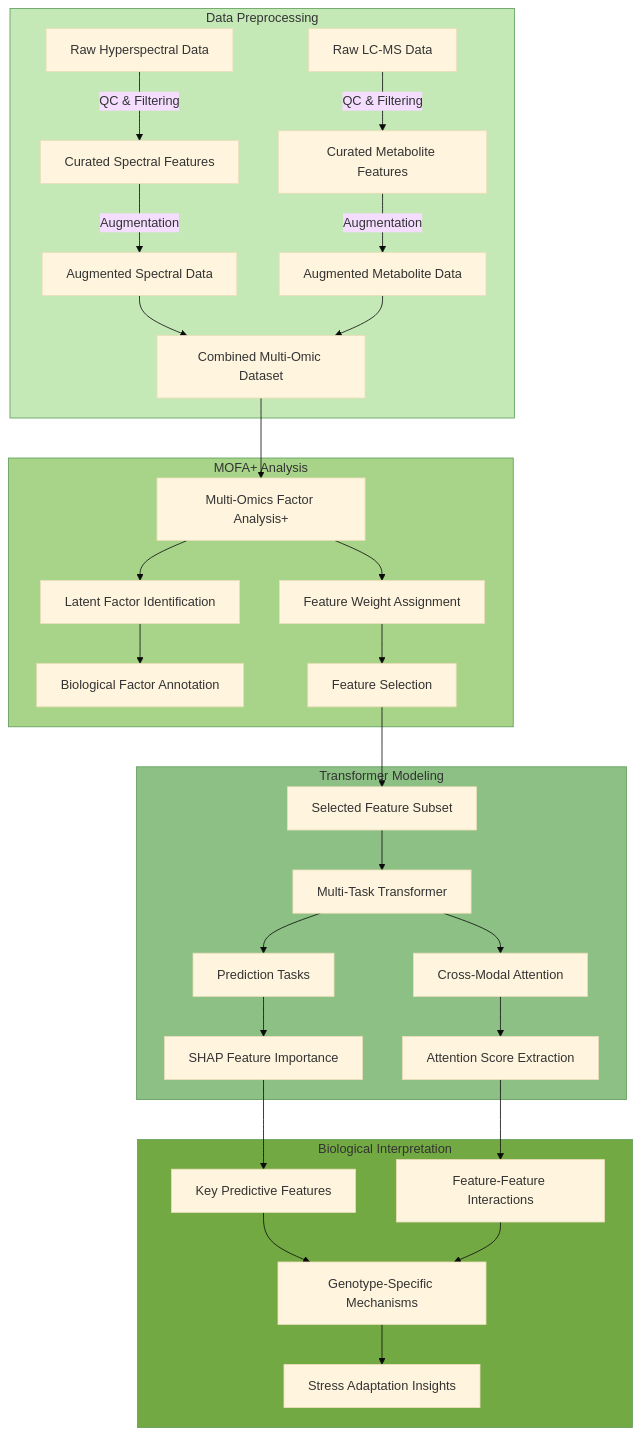
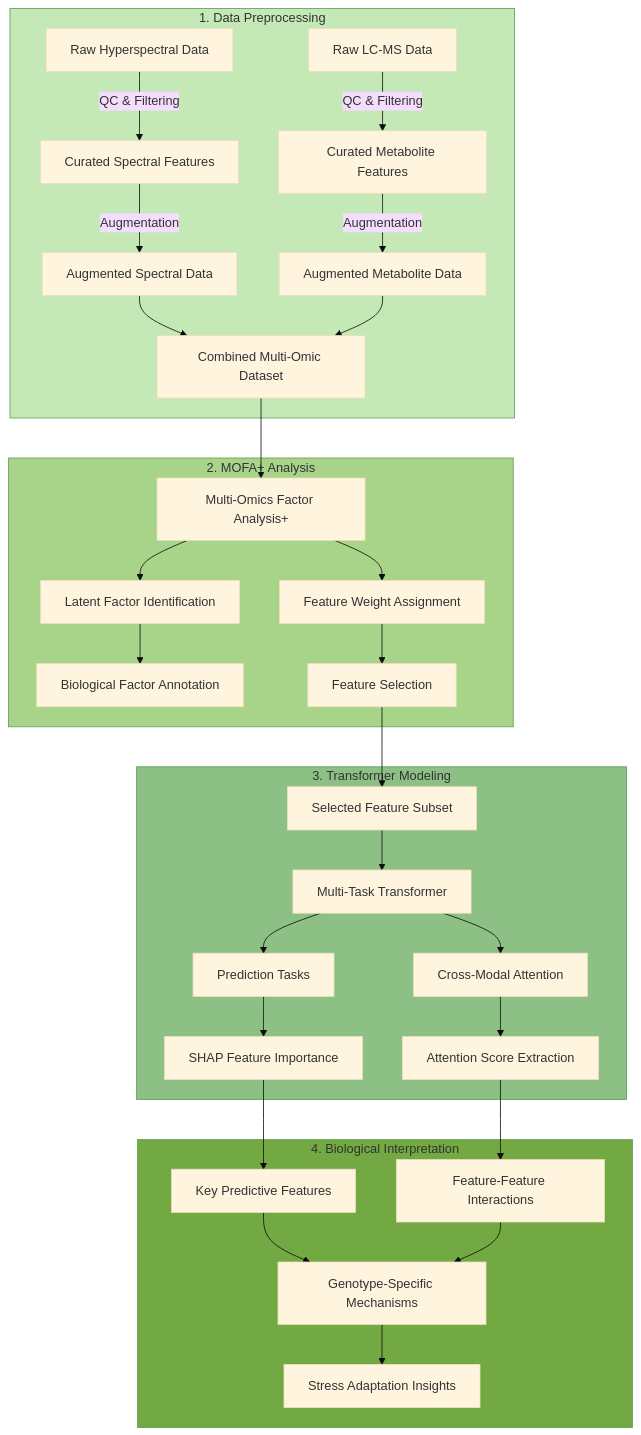
Before and after one commit to shoaibms/mofa_transformer: the first of 4 diagrams in README.md, drawn with Mermaid (base theme). The commit also changed other lines of this file, not shown here.

````diff
--- a/README.md
+++ b/README.md
@@ -43,46 +43,56 @@
 ```mermaid
 flowchart TD
-    subgraph Data["Data Preprocessing"]
+    subgraph Data["1. Data Preprocessing"]
         A1[Raw Hyperspectral Data] -->|QC & Filtering| B1[Curated Spectral Features]
         A2[Raw LC-MS Data] -->|QC & Filtering| B2[Curated Metabolite Features]
         B1 -->|Augmentation| C1[Augmented Spectral Data]
         B2 -->|Augmentation| C2[Augmented Metabolite Data]
         C1 --> D[Combined Multi-Omic Dataset]
         C2 --> D
     end
     
-    subgraph MOFA["MOFA+ Analysis"]
-        D --> E[Multi-Omics Factor Analysis+]
+    %% Add explicit connection between Data and MOFA blocks
+    D --> E
+    
+    subgraph MOFA["2. MOFA+ Analysis"]
+        E[Multi-Omics Factor Analysis+]
         E --> F1[Latent Factor Identification]
         E --> F2[Feature Weight Assignment]
         F1 --> G[Biological Factor Annotation]
         F2 --> H[Feature Selection]
     end
     
-    subgraph Model["Transformer Modeling"]
-        H --> I[Selected Feature Subset]
+    %% Add explicit connection between MOFA and Model blocks
+    H --> I
+    
+    subgraph Model["3. Transformer Modeling"]
+        I[Selected Feature Subset]
         I --> J[Multi-Task Transformer]
         J --> K1[Prediction Tasks]
         J --> K2[Cross-Modal Attention]
         K1 --> L1[SHAP Feature Importance]
         K2 --> L2[Attention Score Extraction]
     end
     
-    subgraph Interpretation["Biological Interpretation"]
-        L1 --> M1[Key Predictive Features]
-        L2 --> M2[Feature-Feature Interactions]
+    %% Add explicit connection between Model and Interpretation blocks
+    L1 --> M1
+    L2 --> M2
+    
+    subgraph Interpretation["4. Biological Interpretation"]
+        M1[Key Predictive Features]
+        M2[Feature-Feature Interactions]
         M1 --> N[Genotype-Specific Mechanisms]
         M2 --> N
         N --> O[Stress Adaptation Insights]
     end
     
     classDef preprocessing fill:#c5e8b7,stroke:#5d9c59,color:#333
     classDef mofa fill:#a7d489,stroke:#5d9c59,color:#333
     classDef model fill:#8cc084,stroke:#5d9c59,color:#333
     classDef interpretation fill:#73a942,stroke:#5d9c59,color:#333
     
     class Data preprocessing
     class MOFA mofa
     class Model model
     class Interpretation interpretation
 ```
````
